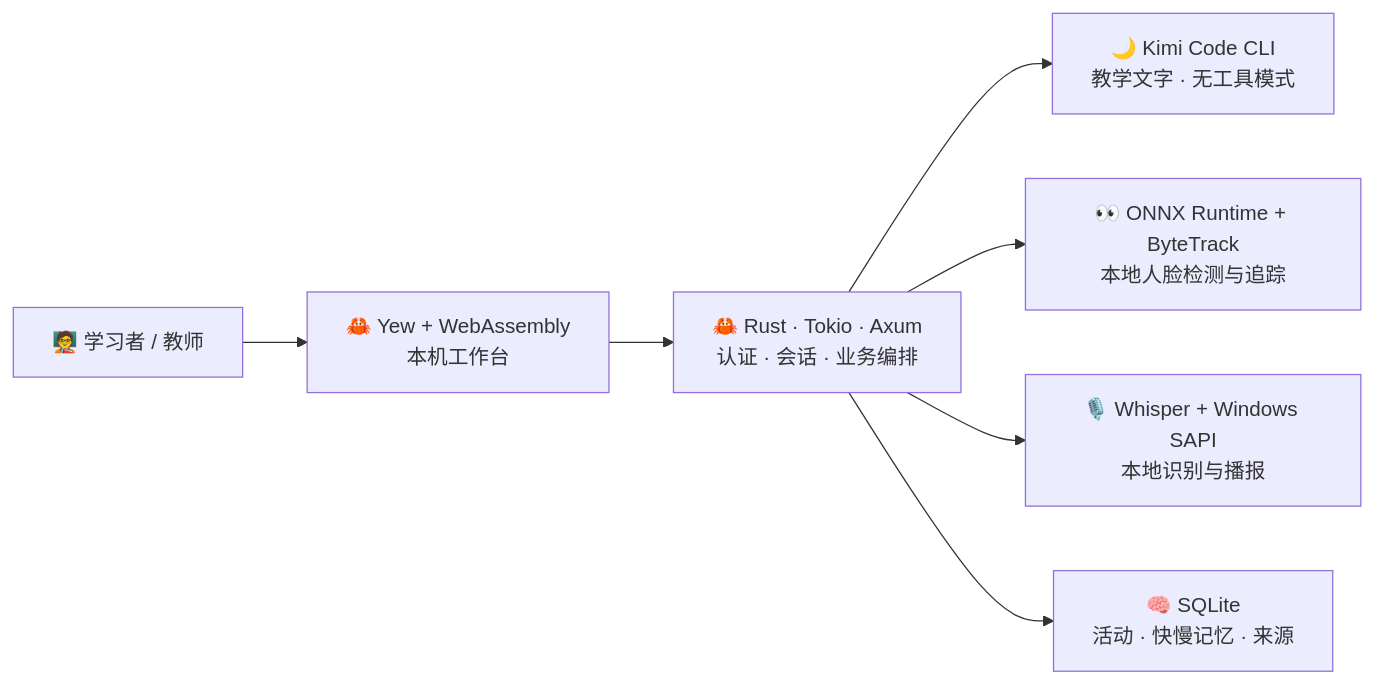
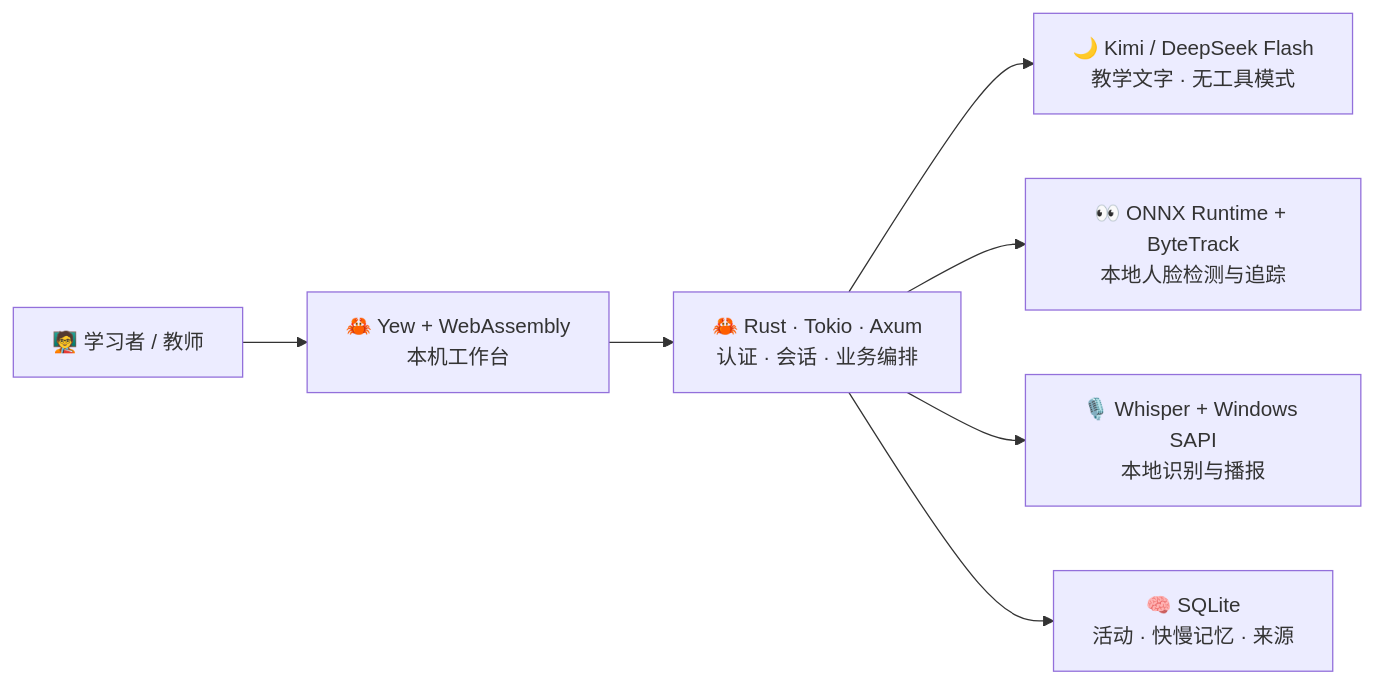
Before and after one commit to heeh02/AI-Tutor: the diagram in README.md, drawn with Mermaid. The commit also changed other lines of this file and 16 other files, not shown here.

````diff
--- a/README.md
+++ b/README.md
@@ -177,9 +229,9 @@
 ```mermaid
 flowchart LR
     U["🧑‍🏫 学习者 / 教师"] --> UI["🦀 Yew + WebAssembly<br/>本机工作台"]
     UI --> APP["🦀 Rust · Tokio · Axum<br/>认证 · 会话 · 业务编排"]
-    APP --> K["🌙 Kimi Code CLI<br/>教学文字 · 无工具模式"]
+    APP --> K["🌙 Kimi / DeepSeek Flash<br/>教学文字 · 无工具模式"]
     APP --> V["👀 ONNX Runtime + ByteTrack<br/>本地人脸检测与追踪"]
     APP --> A["🎙️ Whisper + Windows SAPI<br/>本地识别与播报"]
     APP --> M["🧠 SQLite<br/>活动 · 快慢记忆 · 来源"]
 ```
````
